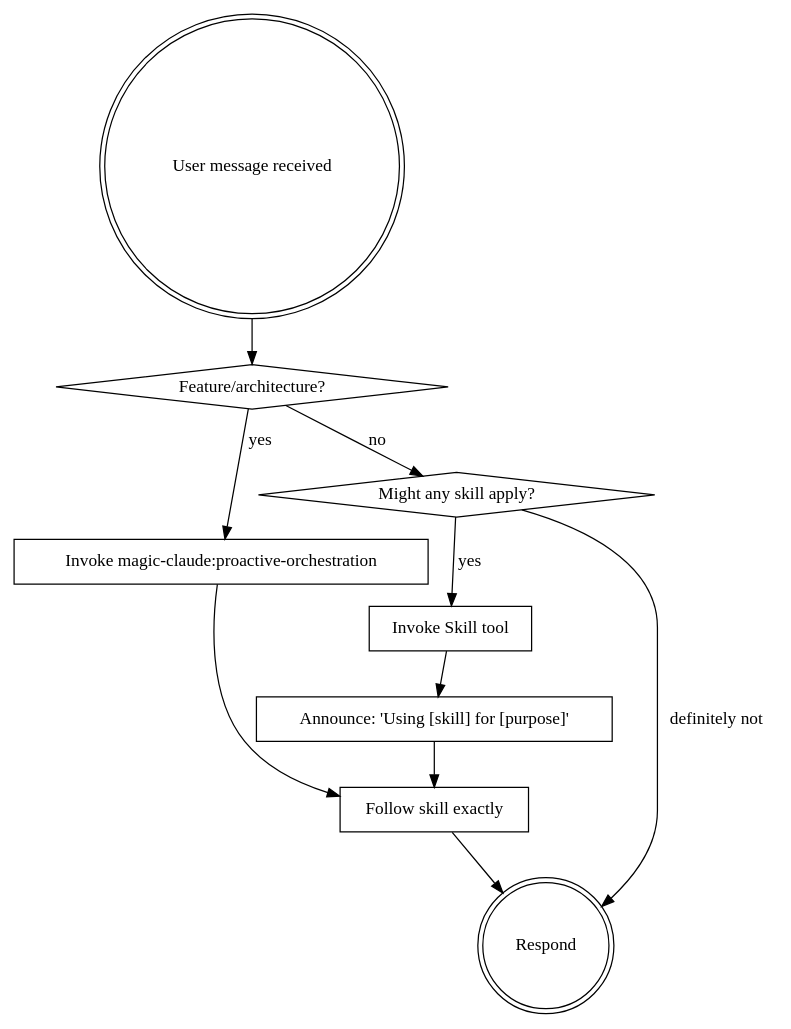
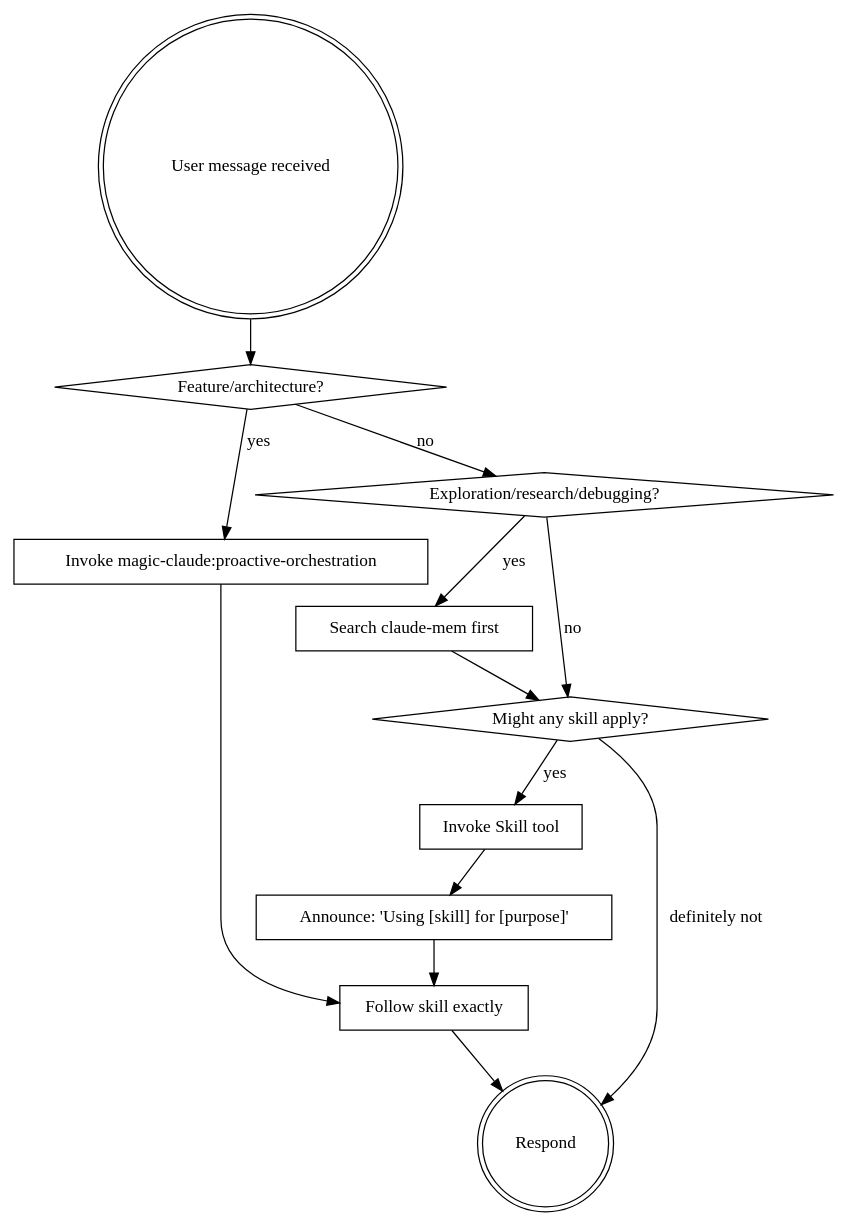
Before and after one commit to doublefx/magic-claude: the diagram in skills/using-magic-claude/SKILL.md, drawn with Graphviz. The commit also changed other lines of this file and 13 other files, not shown here.

First line of the commit message:
feat: enforce claude-mem before exploration across decision flow and agents (v2.17.0)

````diff
--- a/skills/using-magic-claude/SKILL.md
+++ b/skills/using-magic-claude/SKILL.md
@@ -18,22 +18,27 @@
 ```dot
 digraph skill_flow {
     "User message received" [shape=doublecircle];
     "Feature/architecture?" [shape=diamond];
     "Invoke magic-claude:proactive-orchestration" [shape=box];
+    "Exploration/research/debugging?" [shape=diamond];
+    "Search claude-mem first" [shape=box];
     "Might any skill apply?" [shape=diamond];
     "Invoke Skill tool" [shape=box];
     "Announce: 'Using [skill] for [purpose]'" [shape=box];
     "Follow skill exactly" [shape=box];
     "Respond" [shape=doublecircle];
 
     "User message received" -> "Feature/architecture?";
     "Feature/architecture?" -> "Invoke magic-claude:proactive-orchestration" [label="yes"];
-    "Feature/architecture?" -> "Might any skill apply?" [label="no"];
+    "Feature/architecture?" -> "Exploration/research/debugging?" [label="no"];
+    "Exploration/research/debugging?" -> "Search claude-mem first" [label="yes"];
+    "Exploration/research/debugging?" -> "Might any skill apply?" [label="no"];
+    "Search claude-mem first" -> "Might any skill apply?";
     "Invoke magic-claude:proactive-orchestration" -> "Follow skill exactly";
     "Might any skill apply?" -> "Invoke Skill tool" [label="yes"];
     "Might any skill apply?" -> "Respond" [label="definitely not"];
     "Invoke Skill tool" -> "Announce: 'Using [skill] for [purpose]'";
     "Announce: 'Using [skill] for [purpose]'" -> "Follow skill exactly";
     "Follow skill exactly" -> "Respond";
 }
 ```
````
